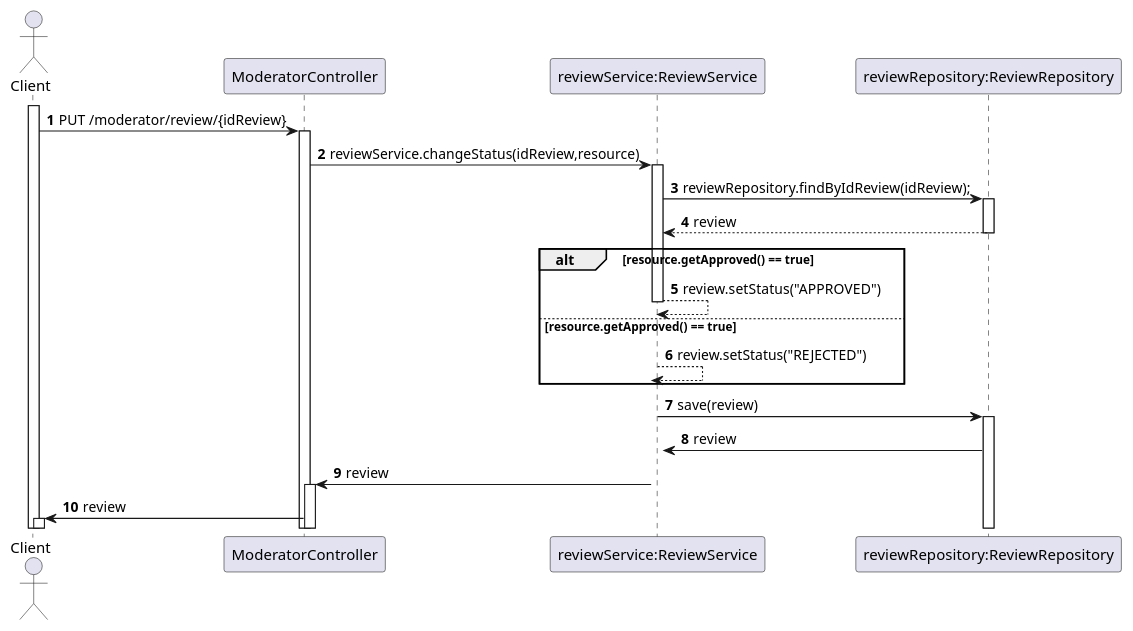
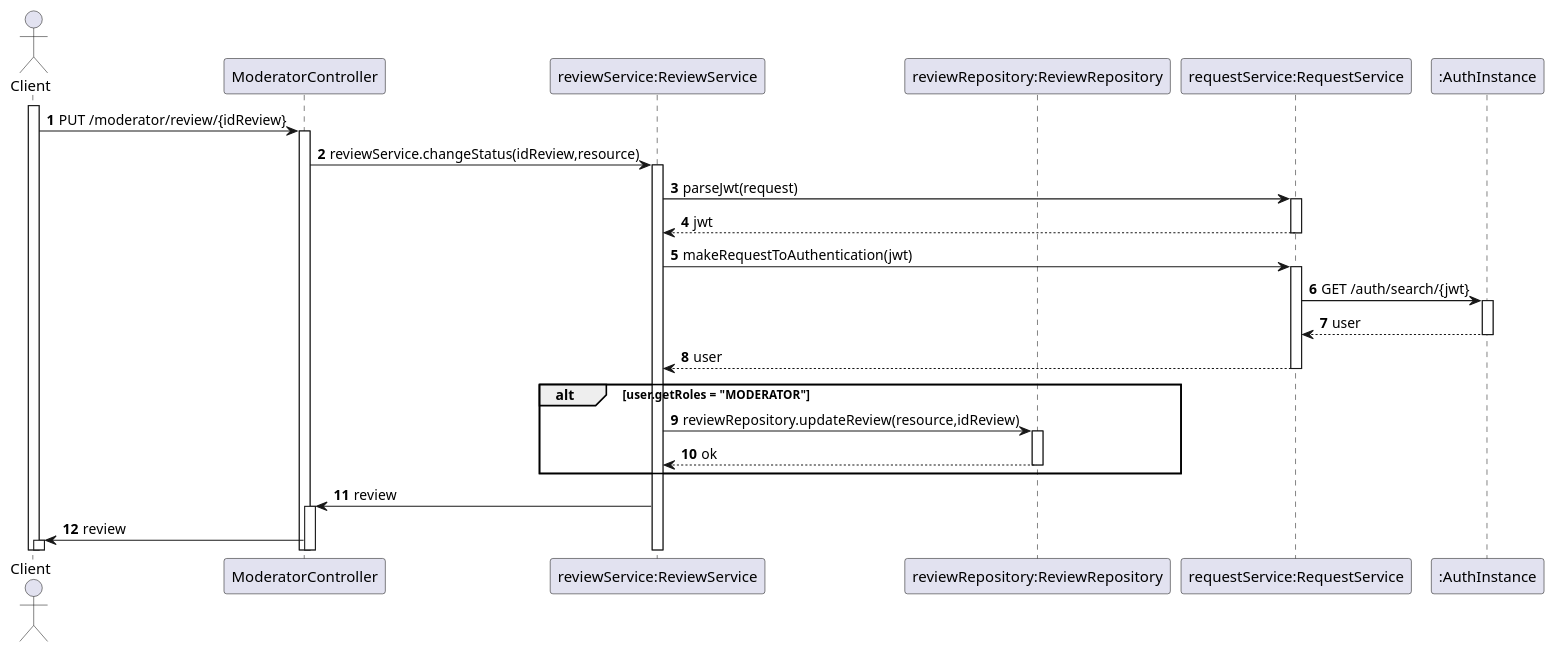
The diagram in Docs/US10-SD.puml (TiagoNora/SIDIS-Docs), drawn with PlantUML before and after one commit.

Commit message:
Alterar US10

```diff
--- a/Docs/US10-SD.puml
+++ b/Docs/US10-SD.puml
@@ -1,29 +1,35 @@
 @startuml
 'https://plantuml.com/sequence-diagram
 
 
 autoactivate on
 autonumber
 
 actor "Client" as client
 participant "ModeratorController" as controller
 participant "reviewService:ReviewService" as service
 participant "reviewRepository:ReviewRepository" as repository
+participant "requestService:RequestService" as request
+participant ":AuthInstance" as instanceAuth
 
 activate client
 
 client -> controller: PUT /moderator/review/{idReview}
 controller -> service : reviewService.changeStatus(idReview,resource)
-service -> repository: reviewRepository.findByIdReview(idReview);
-repository --> service: review
-alt resource.getApproved() == true
-service --> service: review.setStatus("APPROVED")
-else resource.getApproved() == true
-service --> service: review.setStatus("REJECTED")
+
+service -> request : parseJwt(request)
+request --> service: jwt
+service -> request: makeRequestToAuthentication(jwt)
+request -> instanceAuth: GET /auth/search/{jwt}
+instanceAuth --> request: user
+request --> service: user
+alt user.getRoles = "MODERATOR"
+    service -> repository: reviewRepository.updateReview(resource,idReview)
+    repository --> service: ok
 end
-service -> repository: save(review)
-repository -> service: review
+
+
 service -> controller: review
 controller -> client: review
 
 @enduml
```
